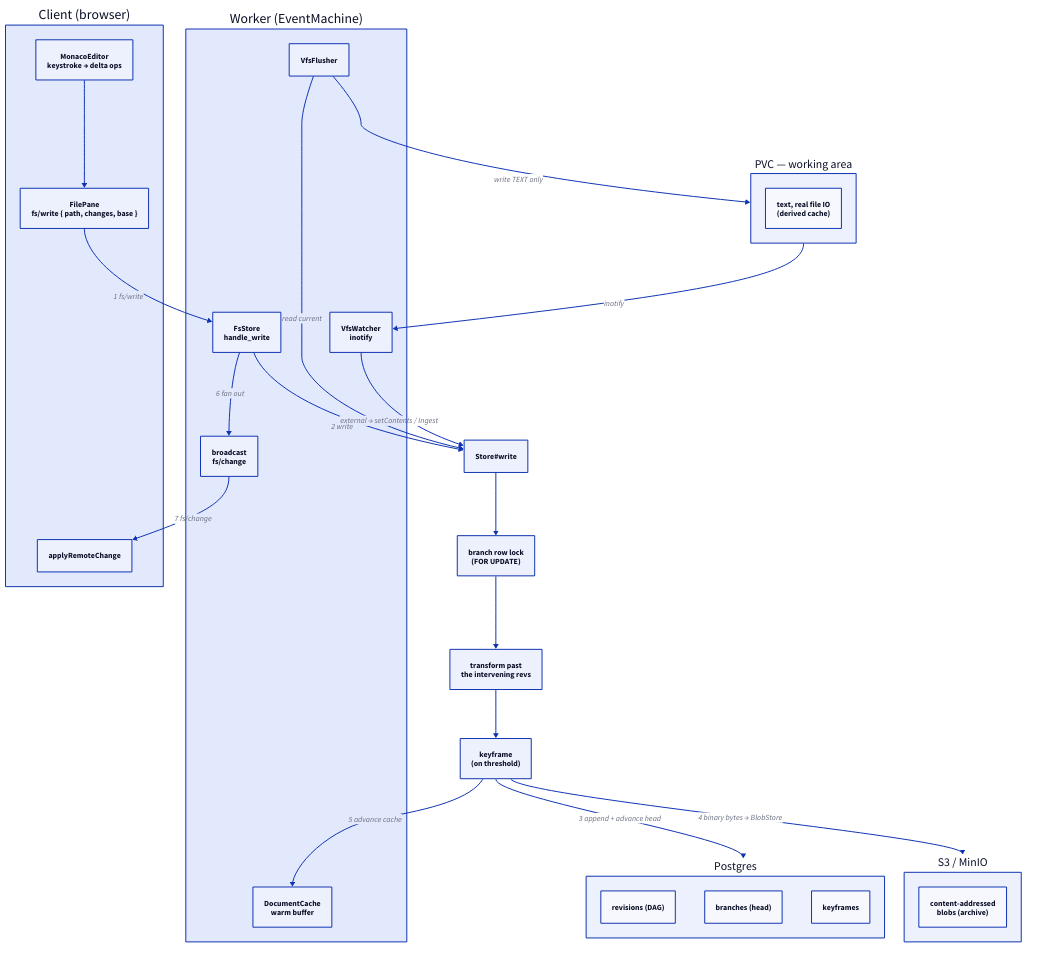
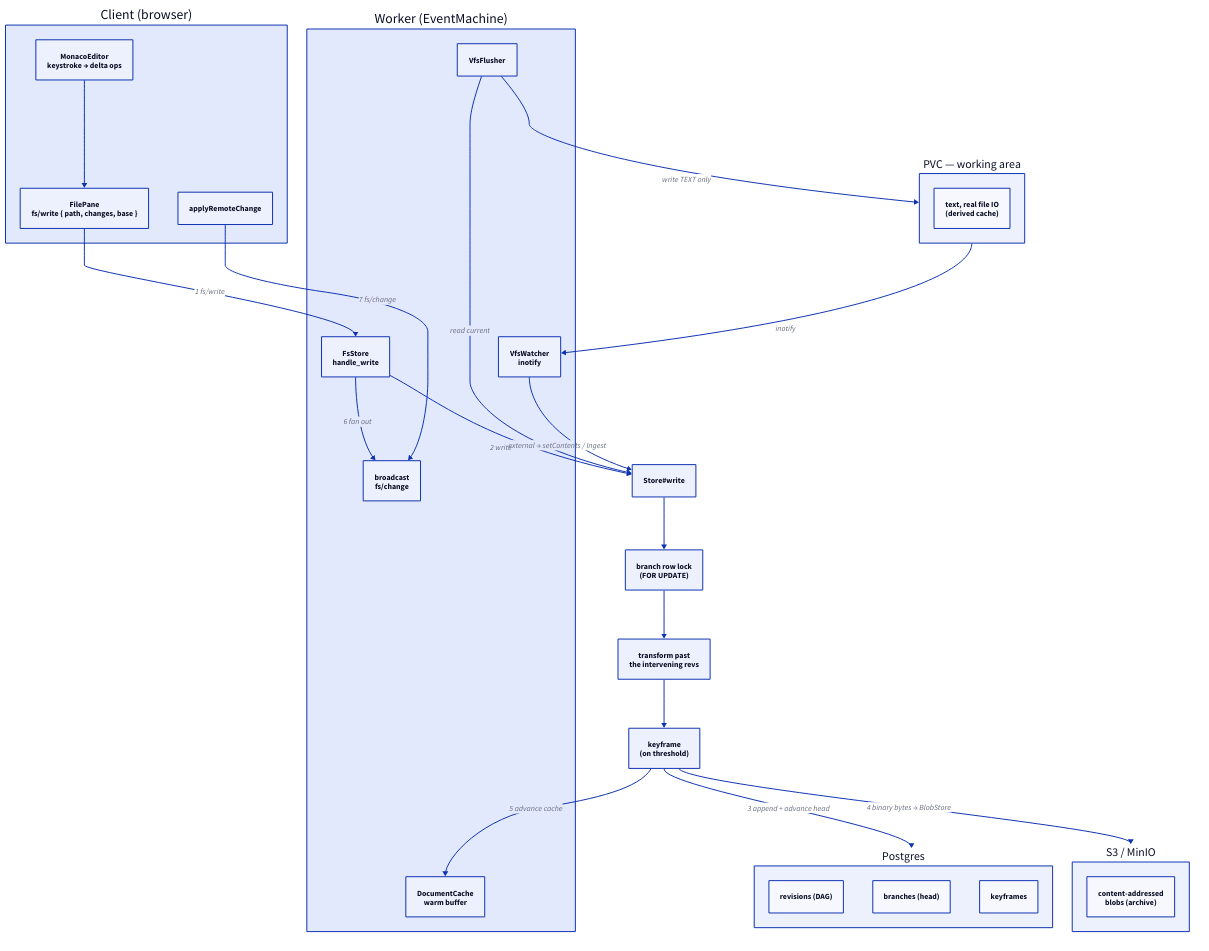
The second of 2 diagrams in src/content/docs/design/decisions/adr-034-dbfs-v2.mdx (fdimitri/carbide2-docs), drawn with D2 before and after one commit.

Commit message:
ADR-034: put the Client at the top of the round-trip diagram
ELK ranks by connectivity and was inverting the client<->worker cycle, so the
worker landed on top. Drawing the fan-out edge downward (client.apply ->
worker.bc) with a source-arrowhead keeps the client a source node, so ELK lays
the levels out Client -> Worker -> DBFS -> stores. Verified: Client y=45,
Worker y=620, Store#write y=1361, stores y=2215.

````diff
--- a/src/content/docs/design/decisions/adr-034-dbfs-v2.mdx
+++ b/src/content/docs/design/decisions/adr-034-dbfs-v2.mdx
@@ -128,63 +128,65 @@
 ```d2
 # Vertical levels. Client / Worker / each store are VISIBLE containers;
 # the invisible wrappers only group each level in a row.
 direction: down
 
 client: "Client (browser)" {
   direction: right
   mon: "MonacoEditor\nkeystroke → delta ops"
   pane: "FilePane\nfs/write { path, changes, base }"
   apply: "applyRemoteChange"
   mon -> pane
 }
 
 worker: "Worker (EventMachine)" {
   direction: right
   fs: "FsStore\nhandle_write"
   doc: "DocumentCache\nwarm buffer"
   bc: "broadcast\nfs/change"
   fl: "VfsFlusher"
   wt: "VfsWatcher\ninotify"
 }
 
 dbfs: "" {
   style: { stroke-width: 0; fill: transparent }
   direction: right
   store: "Store#write"
   lock: "branch row lock\n(FOR UPDATE)"
   xf: "transform past\nthe intervening revs"
   kf: "keyframe\n(on threshold)"
   store -> lock -> xf -> kf
 }
 
 stores: "" {
   style: { stroke-width: 0; fill: transparent }
   direction: right
   pg: "Postgres" {
     direction: down
     rev: "revisions (DAG)"
     br: "branches (head)"
     kfr: "keyframes"
   }
   s3: "S3 / MinIO" {
     direction: down
     blobs: "content-addressed\nblobs (archive)"
   }
   pvc: "PVC — working area" {
     direction: down
     live: "text, real file IO\n(derived cache)"
   }
 }
 
 client.pane -> worker.fs: "1 fs/write"
 worker.fs -> dbfs.store: "2 write"
 dbfs.kf -> stores.pg: "3 append + advance head"
 dbfs.kf -> stores.s3: "4 binary bytes → BlobStore"
 dbfs.kf -> worker.doc: "5 advance cache"
 worker.fs -> worker.bc: "6 fan out"
-worker.bc -> client.apply: "7 fs/change"
+# drawn client->worker so the client stays the top layer; the arrowhead points
+# back at the client, i.e. the worker fans the change out to it (step 7).
+client.apply -> worker.bc: "7 fs/change" {source-arrowhead.shape: arrow}
 worker.fl -> dbfs.store: "read current"
 worker.fl -> stores.pvc: "write TEXT only"
 stores.pvc -> worker.wt: "inotify"
 worker.wt -> dbfs.store: "external → setContents / Ingest"
 ```
````
